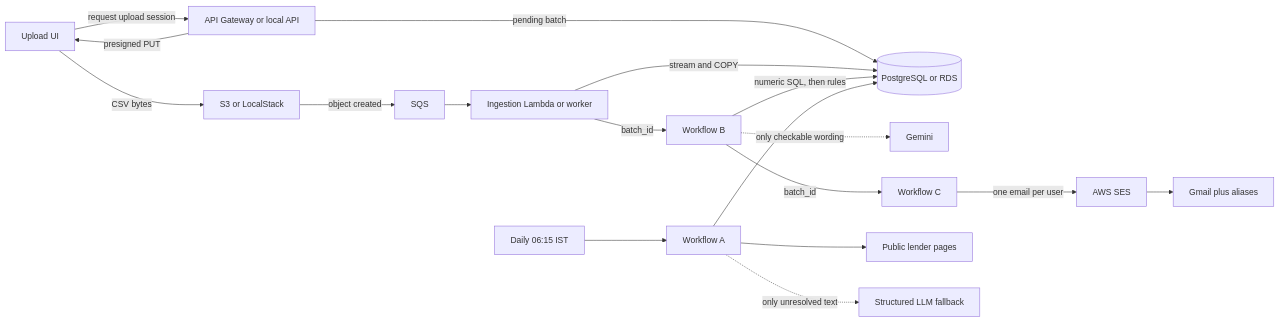
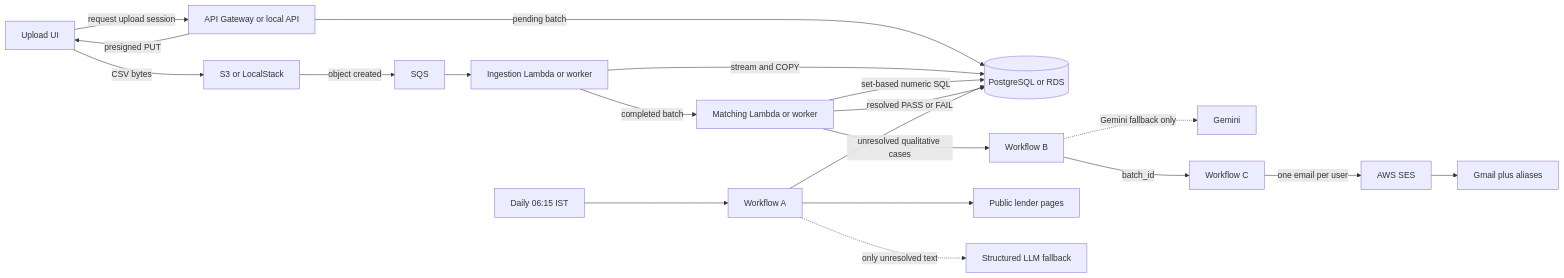
Before and after one commit to amriteshx1/loan-eligibility-engine: the diagram in README.md, drawn with Mermaid. The commit also changed other lines of this file, not shown here.

Commit message:
Document hybrid Python matching and the narrowed Workflow B responsibility.

````diff
--- a/README.md
+++ b/README.md
@@ -13,20 +16,22 @@
 ```mermaid
 flowchart LR
     Browser[Upload UI] -->|request upload session| Api[API Gateway or local API]
     Api -->|pending batch| Db[(PostgreSQL or RDS)]
     Api -->|presigned PUT| Browser
     Browser -->|CSV bytes| S3[S3 or LocalStack]
     S3 -->|object created| Queue[SQS]
     Queue --> Ingest[Ingestion Lambda or worker]
     Ingest -->|stream and COPY| Db
-    Ingest -->|batch_id| Match[Workflow B]
-    Match -->|numeric SQL, then rules| Db
-    Match -.->|only checkable wording| Gemini[Gemini]
-    Match -->|batch_id| Notify[Workflow C]
+    Ingest -->|completed batch| Match[Matching Lambda or worker]
+    Match -->|set-based numeric SQL| Db
+    Match -->|resolved PASS or FAIL| Db
+    Match -->|unresolved qualitative cases| N8n[Workflow B]
+    N8n -.->|Gemini fallback only| Gemini[Gemini]
+    N8n -->|batch_id| Notify[Workflow C]
     Notify -->|one email per user| Ses[AWS SES]
     Ses --> Alias[Gmail plus aliases]
     Schedule[Daily 06:15 IST] --> Discovery[Workflow A]
     Discovery --> Lenders[Public lender pages]
     Discovery -.->|only unresolved text| Llm[Structured LLM fallback]
     Discovery --> Db
 ```
````
